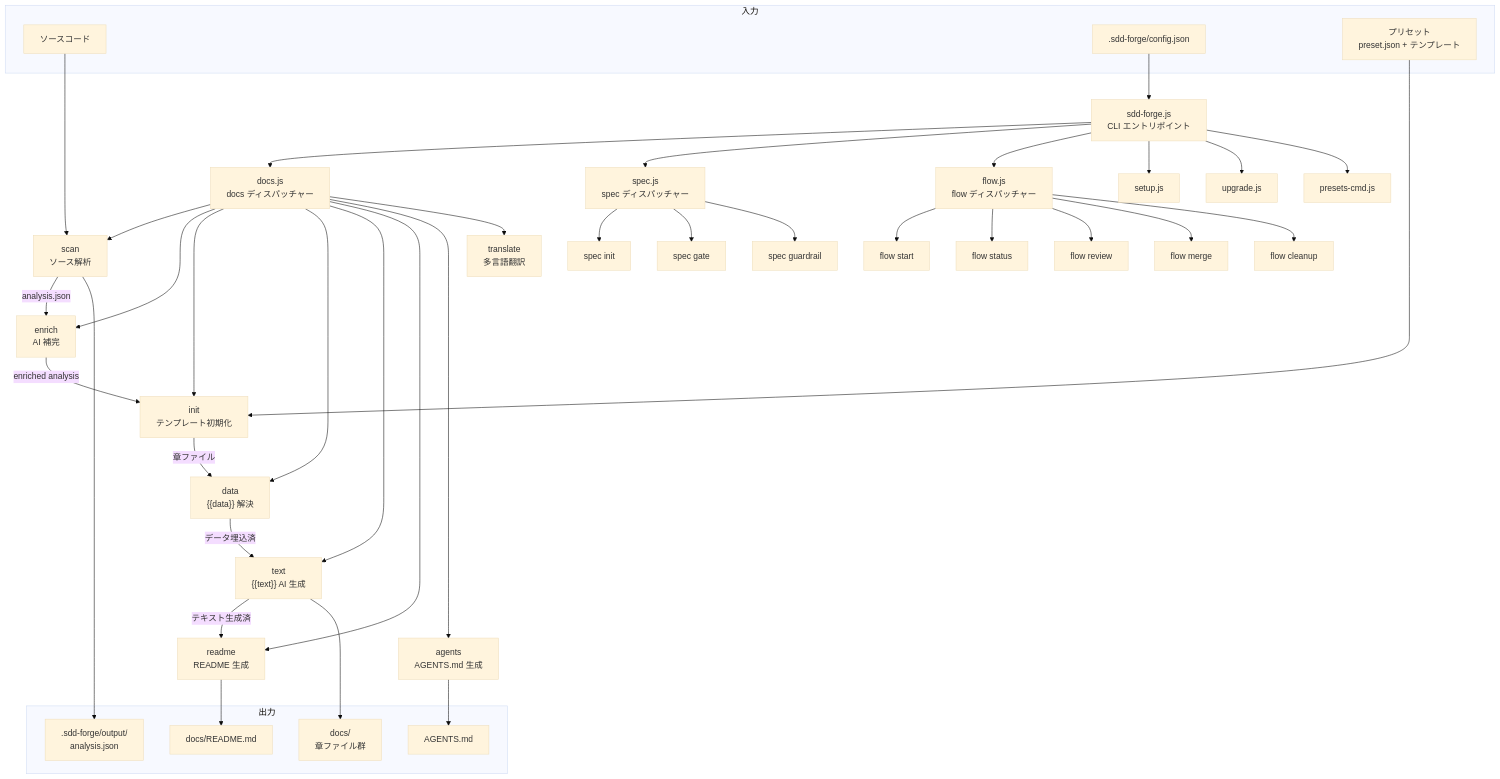
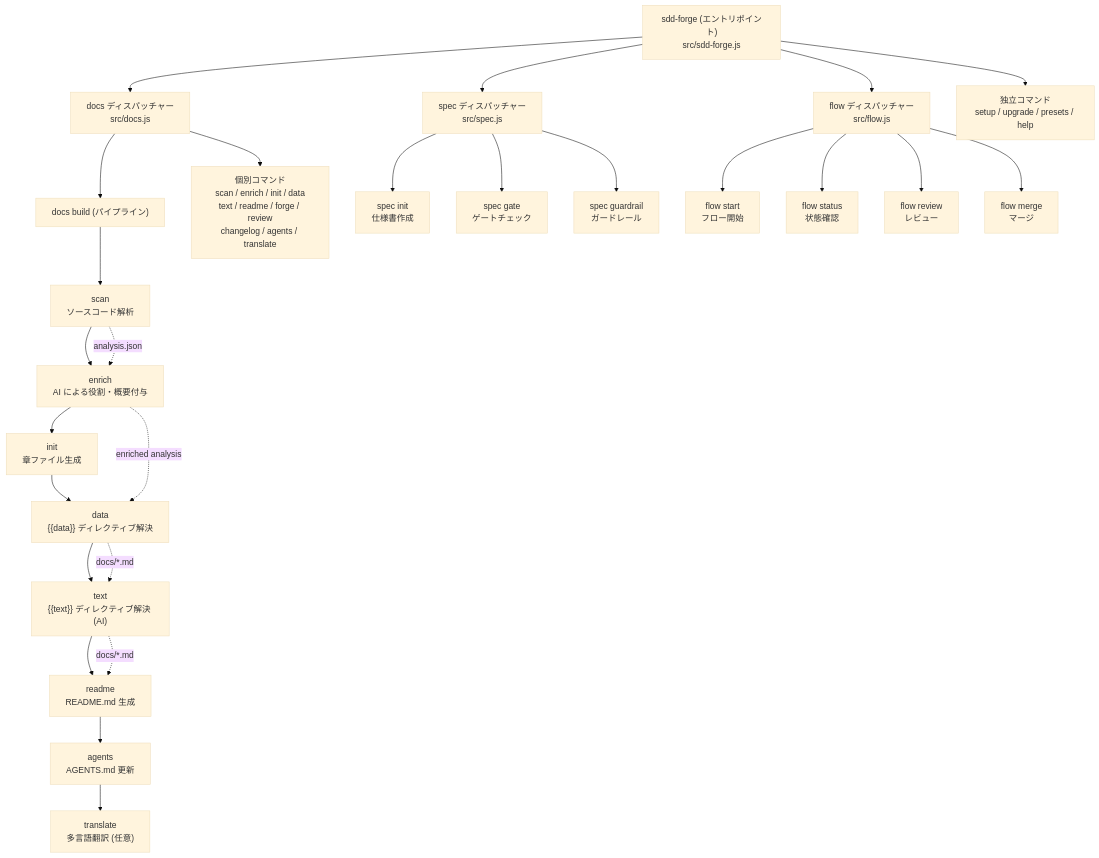
One commit to SpreadWorks/sdd-forge changed the diagram in docs/ja/overview.md. Above: the diagram before and after it, drawn with Mermaid (base theme). The commit also changed other lines of this file and 15 other files, not shown here.

````diff
--- a/docs/ja/overview.md
+++ b/docs/ja/overview.md
@@ -29,57 +29,35 @@
 ```mermaid
-flowchart TD
-    CLI["sdd-forge.js<br/>CLI エントリポイント"]
+flowchart TB
+    CLI["sdd-forge (エントリポイント)<br>src/sdd-forge.js"]
 
-    CLI --> DOCS["docs.js<br/>docs ディスパッチャー"]
-    CLI --> SPEC["spec.js<br/>spec ディスパッチャー"]
-    CLI --> FLOW["flow.js<br/>flow ディスパッチャー"]
-    CLI --> SETUP["setup.js"]
-    CLI --> UPGRADE["upgrade.js"]
-    CLI --> PRESETS["presets-cmd.js"]
+    CLI --> docs["docs ディスパッチャー<br>src/docs.js"]
+    CLI --> spec["spec ディスパッチャー<br>src/spec.js"]
+    CLI --> flow["flow ディスパッチャー<br>src/flow.js"]
+    CLI --> direct["独立コマンド<br>setup / upgrade / presets / help"]
 
-    DOCS --> SCAN["scan<br/>ソース解析"]
-    DOCS --> ENRICH["enrich<br/>AI 補完"]
-    DOCS --> INIT["init<br/>テンプレート初期化"]
-    DOCS --> DATA["data<br/>{{data}} 解決"]
-    DOCS --> TEXT["text<br/>{{text}} AI 生成"]
-    DOCS --> README["readme<br/>README 生成"]
-    DOCS --> AGENTS["agents<br/>AGENTS.md 生成"]
-    DOCS --> TRANSLATE["translate<br/>多言語翻訳"]
+    docs --> build["docs build (パイプライン)"]
+    docs --> individual["個別コマンド<br>scan / enrich / init / data<br>text / readme / forge / review<br>changelog / agents / translate"]
 
-    SCAN -->|analysis.json| ENRICH
-    ENRICH -->|enriched analysis| INIT
-    INIT -->|章ファイル| DATA
-    DATA -->|データ埋込済| TEXT
-    TEXT -->|テキスト生成済| README
+    build --> scan["scan<br>ソースコード解析"]
+    scan --> enrich["enrich<br>AI による役割・概要付与"]
+    enrich --> init["init<br>章ファイル生成"]
+    init --> data["data<br>{{data}} ディレクティブ解決"]
+    data --> text["text<br>{{text}} ディレクティブ解決 (AI)"]
+    text --> readme["readme<br>README.md 生成"]
+    readme --> agents["agents<br>AGENTS.md 更新"]
+    agents --> translate["translate<br>多言語翻訳 (任意)"]
 
-    SPEC --> SPEC_INIT["spec init"]
-    SPEC --> GATE["spec gate"]
-    SPEC --> GUARDRAIL["spec guardrail"]
+    spec --> spec_init["spec init<br>仕様書作成"]
+    spec --> spec_gate["spec gate<br>ゲートチェック"]
+    spec --> spec_guard["spec guardrail<br>ガードレール"]
 
-    FLOW --> START["flow start"]
-    FLOW --> STATUS["flow status"]
-    FLOW --> REVIEW["flow review"]
-    FLOW --> MERGE["flow merge"]
-    FLOW --> CLEANUP["flow cleanup"]
+    flow --> flow_start["flow start<br>フロー開始"]
+    flow --> flow_status["flow status<br>状態確認"]
+    flow --> flow_review["flow review<br>レビュー"]
+    flow --> flow_merge["flow merge<br>マージ"]
 
-    subgraph 入力
-        SRC["ソースコード"]
-        CFG[".sdd-forge/config.json"]
-        PRESET["プリセット<br/>preset.json + テンプレート"]
-    end
-
-    subgraph 出力
-        ANALYSIS[".sdd-forge/output/<br/>analysis.json"]
-        DOCSOUT["docs/<br/>章ファイル群"]
-        READMEOUT["docs/README.md"]
-        AGENTSOUT["AGENTS.md"]
-    end
-
-    SRC --> SCAN
-    CFG --> CLI
-    PRESET --> INIT
-    SCAN --> ANALYSIS
-    TEXT --> DOCSOUT
-    README --> READMEOUT
-    AGENTS --> AGENTSOUT
+    scan -.->|analysis.json| enrich
+    enrich -.->|enriched analysis| data
+    data -.->|docs/*.md| text
+    text -.->|docs/*.md| readme
 ```
````
